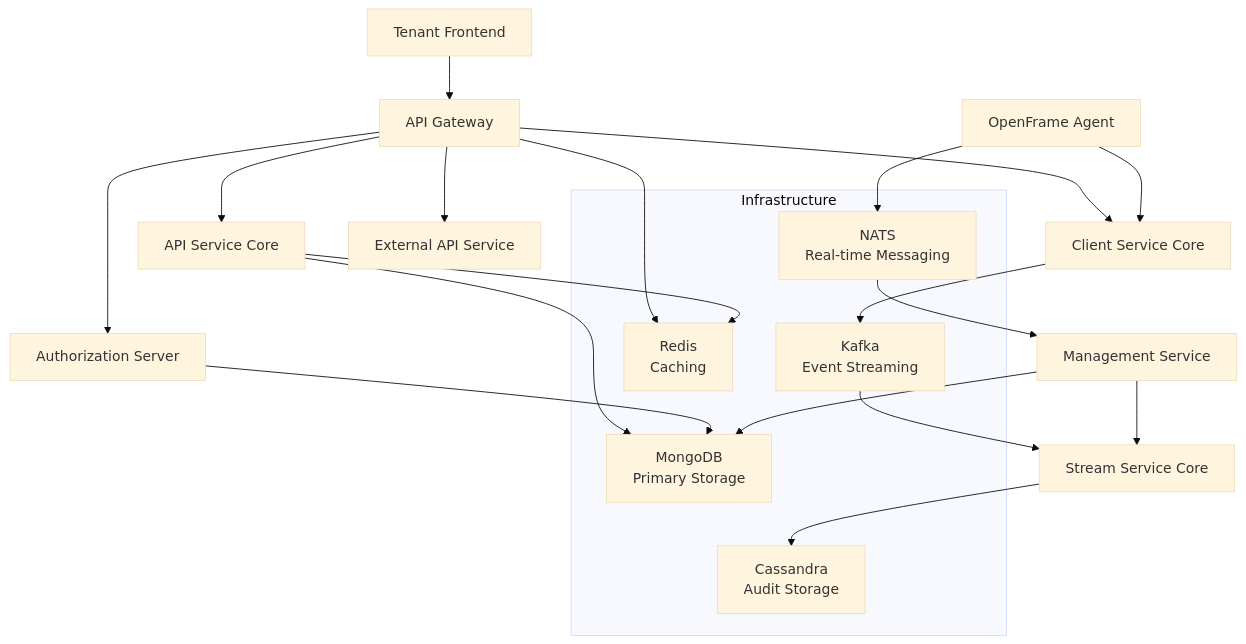
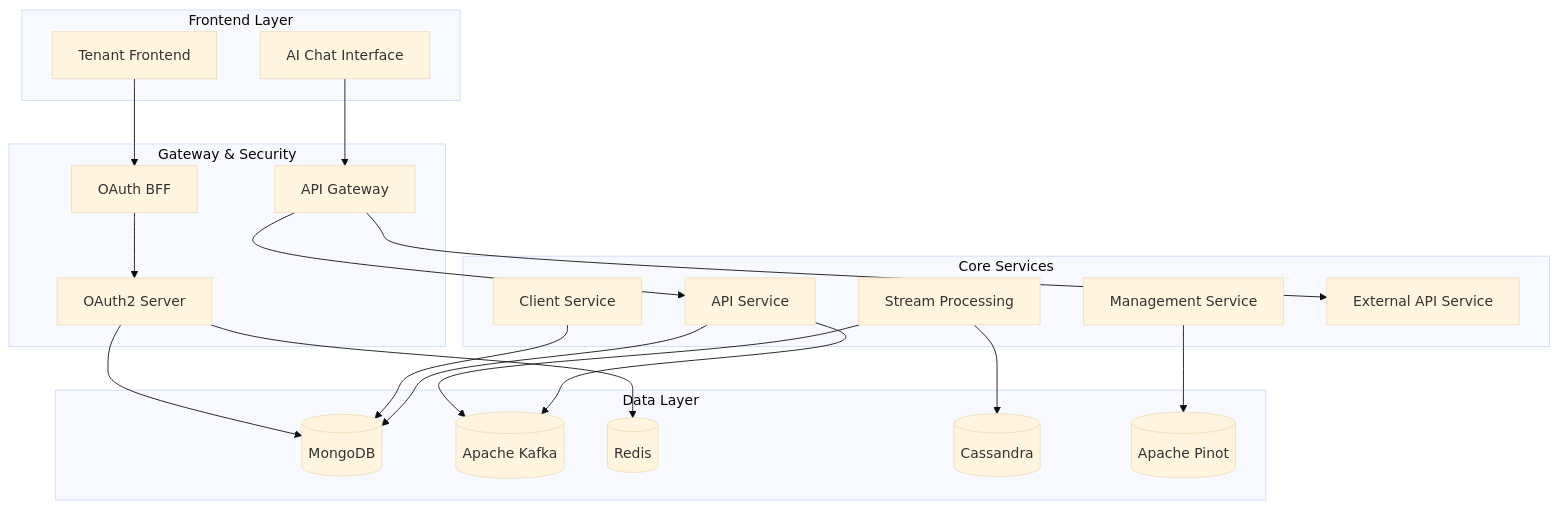
One commit to Praesto-Pro/openframe-oss-tenant changed the diagram in README.md. Above: the diagram before and after it, drawn with Mermaid (base theme). The commit also changed other lines of this file and 214 other files, not shown here.

````diff
--- a/README.md
+++ b/README.md
@@ -98,32 +72,45 @@
 ```mermaid
 flowchart TD
-    A[Tenant Frontend] --> B[API Gateway]
-    B --> C[Authorization Server]
-    B --> D[API Service Core]
-    B --> E[External API Service]
-    B --> F[Client Service Core]
-    
-    G[OpenFrame Agent] --> F
-    G --> H[NATS JetStream]
-    
-    H --> I[Management Service]
-    I --> J[Stream Service Core]
-    F --> K[Apache Kafka]
-    K --> J
-    
-    D --> L[MongoDB]
-    C --> L
-    I --> L
-    J --> M[Cassandra]
-    
-    subgraph "Infrastructure"
-        L[MongoDB<br/>Primary Storage]
-        M[Cassandra<br/>Audit Storage]  
-        K[Kafka<br/>Event Streaming]
-        H[NATS<br/>Real-time Messaging]
-        N[Redis<br/>Caching]
+    subgraph "Frontend Layer"
+        TenantUI[Tenant Frontend]
+        ChatUI[AI Chat Interface]
     end
     
-    B --> N
-    D --> N
+    subgraph "Gateway & Security"
+        Gateway[API Gateway]
+        AuthServer[OAuth2 Server]
+        OAuthBFF[OAuth BFF]
+    end
+    
+    subgraph "Core Services"
+        ApiService[API Service]
+        StreamService[Stream Processing]
+        ManagementService[Management Service]
+        ClientService[Client Service]
+        ExternalAPI[External API Service]
+    end
+    
+    subgraph "Data Layer"
+        MongoDB[(MongoDB)]
+        Kafka[(Apache Kafka)]
+        Redis[(Redis)]
+        Cassandra[(Cassandra)]
+        Pinot[(Apache Pinot)]
+    end
+    
+    TenantUI --> OAuthBFF
+    ChatUI --> Gateway
+    OAuthBFF --> AuthServer
+    Gateway --> ApiService
+    Gateway --> ExternalAPI
+    
+    ApiService --> MongoDB
+    ApiService --> Kafka
+    StreamService --> Kafka
+    StreamService --> Cassandra
+    ManagementService --> Pinot
+    ClientService --> MongoDB
+    
+    AuthServer --> MongoDB
+    AuthServer --> Redis
 ```
````
